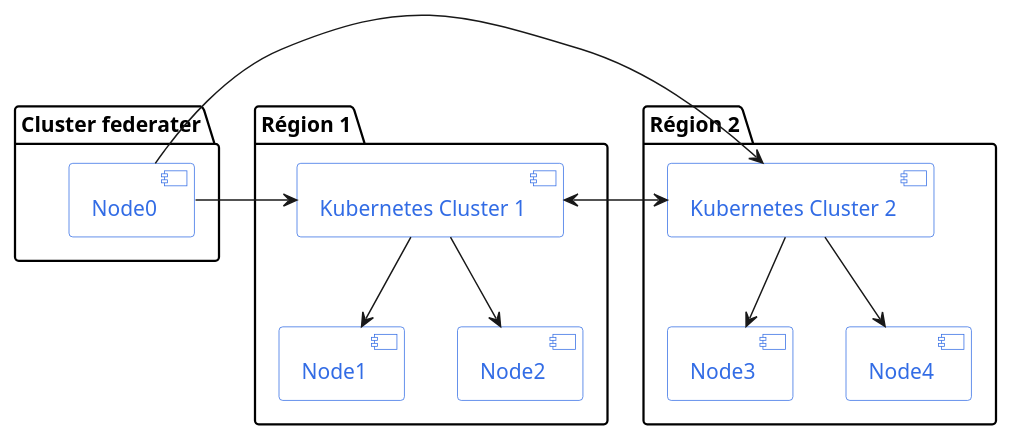
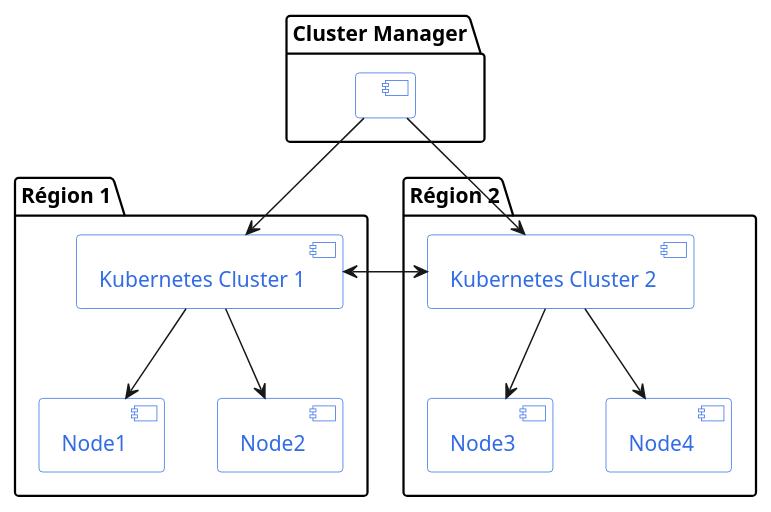
One commit to sylvainmetayer/talk-k8s-2-az changed the diagram in diagrams/099-multi-cluster_federated.puml. Above: the diagram before and after it, drawn with PlantUML. The commit also changed 1 other file, not shown here.

```diff
--- a/diagrams/099-multi-cluster_federated.puml
+++ b/diagrams/099-multi-cluster_federated.puml
@@ -1,33 +1,33 @@
 @startuml
 
 skinparam component {
     BackgroundColor white
     BorderColor #326ce5
     FontColor #326ce5
 }
 
-package "Cluster federater" {
-    [Node0] as kubefed
+package "Cluster Manager" {
+    [ ] as kubefed
 }
 
 package "Région 1" {
     [Kubernetes Cluster 1] as k8s1
     [Node1] as n1
     [Node2] as n2
     k8s1 -down-> n1
     k8s1 -down-> n2
 }
 
 package "Région 2" {
 [Kubernetes Cluster 2] as k8s2
     [Node3] as n3
     [Node4] as n4
     k8s2 -down-> n3
     k8s2 -down-> n4
 }
 
-kubefed -> k8s1
-kubefed -> k8s2
+kubefed --> k8s1
+kubefed --> k8s2
 k8s1 <-> k8s2
 
 @enduml
```
